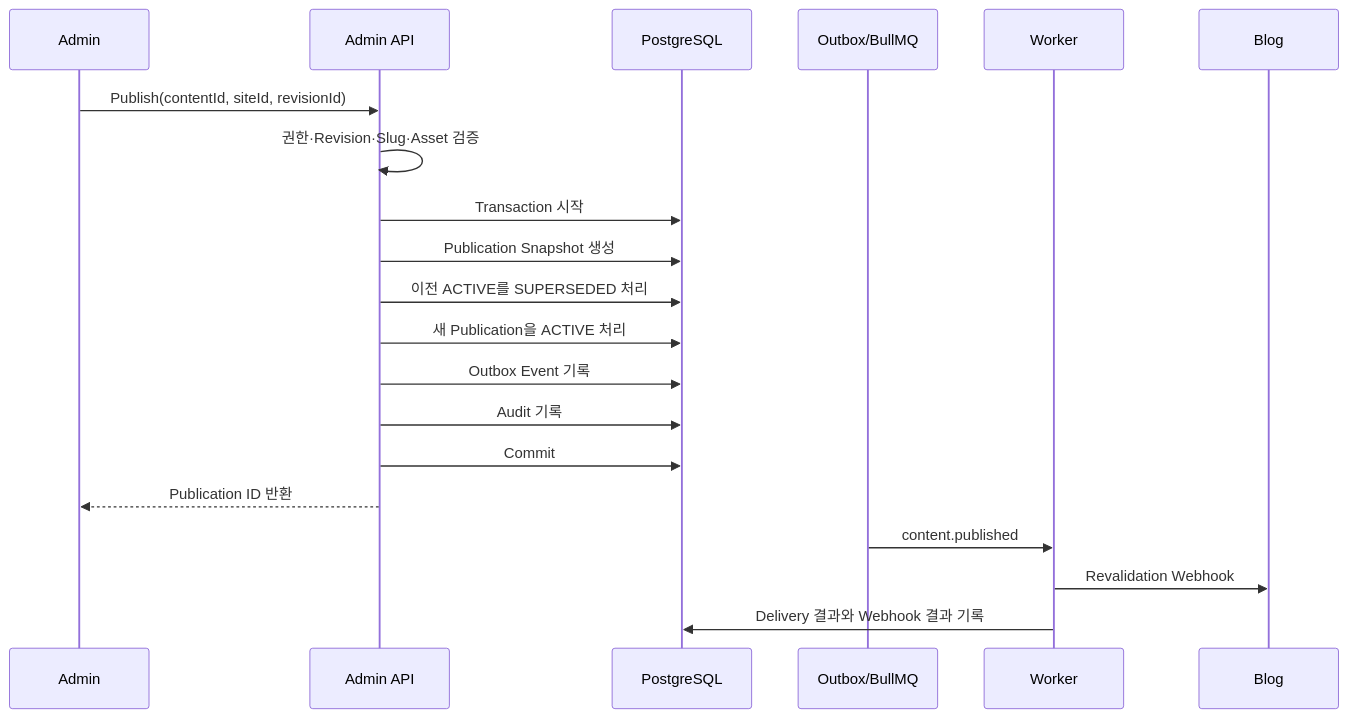
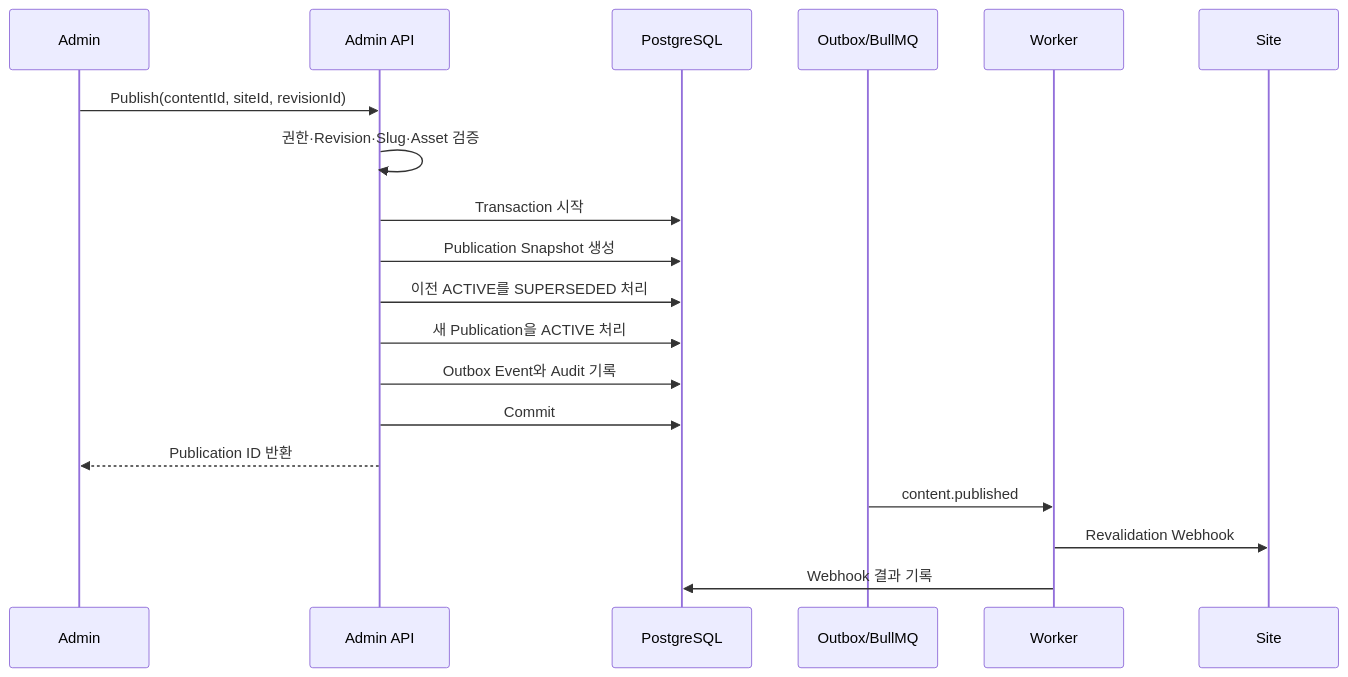
The third of 4 diagrams in docs/atlas-platform-design.md (orot11955/atlas), drawn with Mermaid before and after one commit. The commit also changed other lines of this file, not shown here.

Commit message:
docs: replace S3 design with MinIO architecture

````diff
--- a/docs/atlas-platform-design.md
+++ b/docs/atlas-platform-design.md
@@ -922,23 +955,22 @@
 ```mermaid
 sequenceDiagram
     participant U as Admin
     participant A as Admin API
     participant D as PostgreSQL
     participant Q as Outbox/BullMQ
     participant W as Worker
-    participant B as Blog
+    participant B as Site
 
     U->>A: Publish(contentId, siteId, revisionId)
     A->>A: 권한·Revision·Slug·Asset 검증
     A->>D: Transaction 시작
     A->>D: Publication Snapshot 생성
     A->>D: 이전 ACTIVE를 SUPERSEDED 처리
     A->>D: 새 Publication을 ACTIVE 처리
-    A->>D: Outbox Event 기록
-    A->>D: Audit 기록
+    A->>D: Outbox Event와 Audit 기록
     A->>D: Commit
     A-->>U: Publication ID 반환
     Q->>W: content.published
     W->>B: Revalidation Webhook
-    W->>D: Delivery 결과와 Webhook 결과 기록
+    W->>D: Webhook 결과 기록
 ```
````
